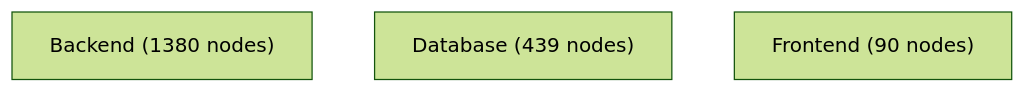
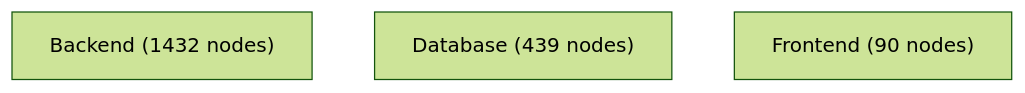
The diagram in docs/architecture-analysis/views/containers.mmd (jankneumann/agentic-coding-tools), drawn with Mermaid (forest theme) before and after one commit. The commit also changed 28 other files, not shown here.

```diff
--- a/docs/architecture-analysis/views/containers.mmd
+++ b/docs/architecture-analysis/views/containers.mmd
@@ -1,4 +1,4 @@
 flowchart TB
-    Backend["Backend (1380 nodes)"]
+    Backend["Backend (1432 nodes)"]
     Database["Database (439 nodes)"]
     Frontend["Frontend (90 nodes)"]
```
